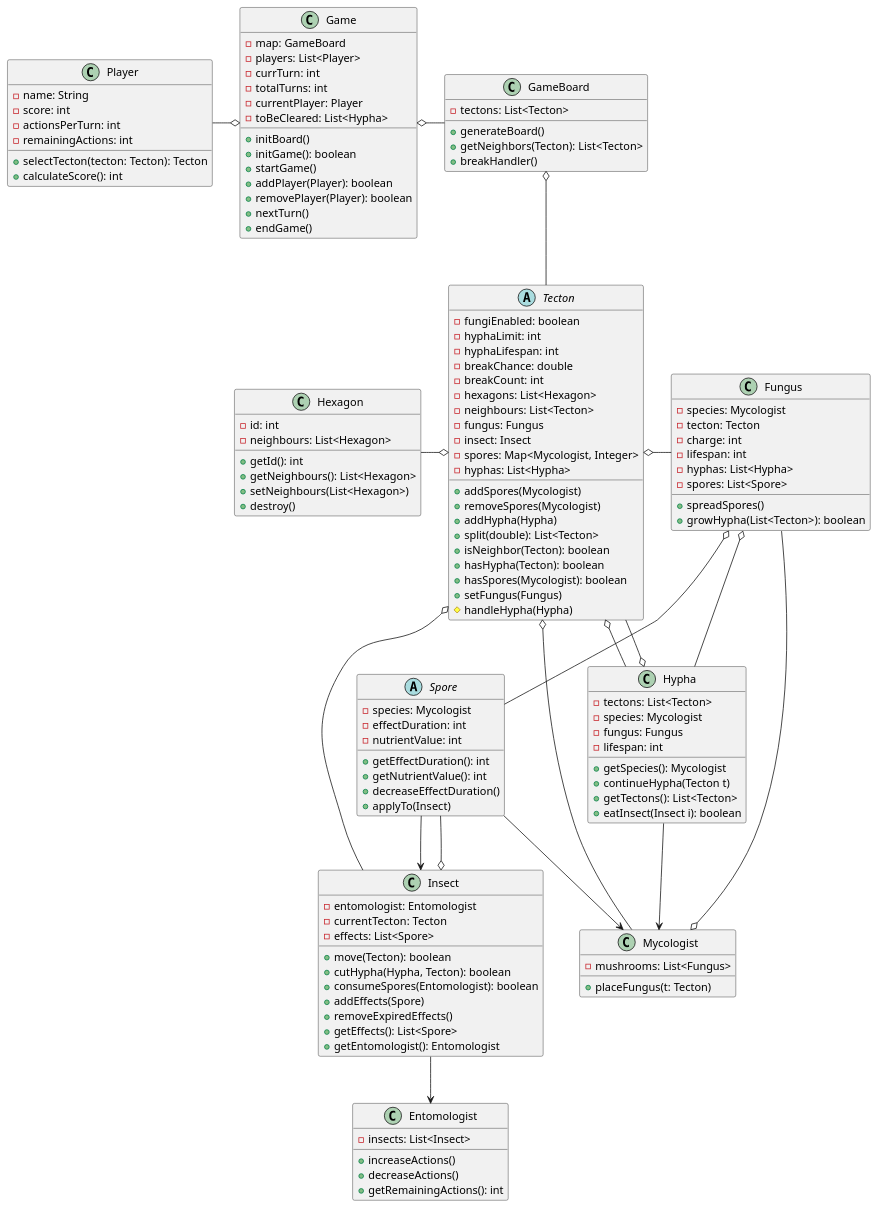
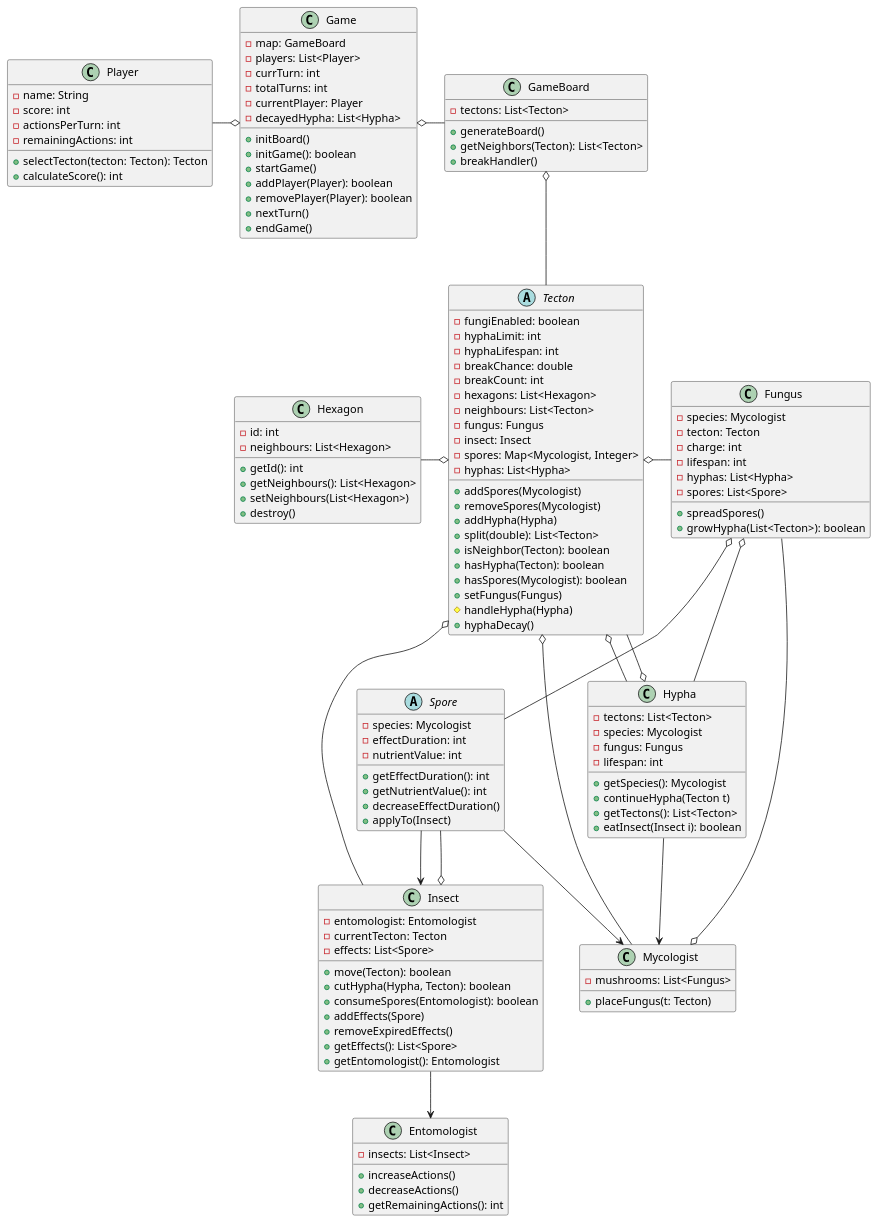
One commit to hujberhunor/SzomiSztegoProjlab changed the diagram in docs/Class/classDiag.puml. Above: the diagram before and after it, drawn with PlantUML. The commit also changed 1 other file, not shown here.

```diff
--- a/docs/Class/classDiag.puml
+++ b/docs/Class/classDiag.puml
@@ -1,151 +1,152 @@
 @startuml
 
 ' NEM SZEREPELNEK BENNE A LESZÁRMAZOTTAK HOGY ÁTLÁTHATÓBB LEGYEN '
 ' --> : használja, de nem tartalmazza '
 ' ===== Alap játékosok és szereplők =====
 class Player {
     - name: String
     - score: int
     - actionsPerTurn: int
     - remainingActions: int
     + selectTecton(tecton: Tecton): Tecton
     + calculateScore(): int
 }
 
 class Entomologist {
     - insects: List<Insect>
     + increaseActions()
     + decreaseActions()
     + getRemainingActions(): int
 }
 
 class Mycologist {
     - mushrooms: List<Fungus>
     + placeFungus(t: Tecton)
 }
 
 ' ===== Térképelemek és logika =====
 abstract class Tecton {
     - fungiEnabled: boolean
     - hyphaLimit: int
     - hyphaLifespan: int
     - breakChance: double
     - breakCount: int
     - hexagons: List<Hexagon>
     - neighbours: List<Tecton>
     - fungus: Fungus
     - insect: Insect
     - spores: Map<Mycologist, Integer>
     - hyphas: List<Hypha>
     + addSpores(Mycologist)
     + removeSpores(Mycologist)
     + addHypha(Hypha)
     + split(double): List<Tecton>
     + isNeighbor(Tecton): boolean
     + hasHypha(Tecton): boolean
     + hasSpores(Mycologist): boolean
     + setFungus(Fungus)
     # handleHypha(Hypha)
+    + hyphaDecay()
 }
 
 class Hexagon {
     - id: int
     - neighbours: List<Hexagon>
     + getId(): int
     + getNeighbours(): List<Hexagon>
     + setNeighbours(List<Hexagon>)
     + destroy()
 }
 
 class Hypha {
     - tectons: List<Tecton>
     - species: Mycologist
     - fungus: Fungus
     - lifespan: int 
     + getSpecies(): Mycologist
     + continueHypha(Tecton t)
     + getTectons(): List<Tecton>
     + eatInsect(Insect i): boolean
 }
 
 class Fungus {
     - species: Mycologist
     - tecton: Tecton
     - charge: int
     - lifespan: int
     - hyphas: List<Hypha>
     - spores: List<Spore>
     + spreadSpores()
     + growHypha(List<Tecton>): boolean
 }
 
 ' ===== Spórák és hatásaik =====
 abstract class Spore {
     - species: Mycologist
     - effectDuration: int
     - nutrientValue: int
     + getEffectDuration(): int
     + getNutrientValue(): int
     + decreaseEffectDuration()
     + applyTo(Insect)
 }
 
 ' ===== Insect logika =====
 class Insect {
     - entomologist: Entomologist
     - currentTecton: Tecton
     - effects: List<Spore>
     + move(Tecton): boolean
     + cutHypha(Hypha, Tecton): boolean
     + consumeSpores(Entomologist): boolean
     + addEffects(Spore)
     + removeExpiredEffects()
     + getEffects(): List<Spore>
     + getEntomologist(): Entomologist
 }
 
 ' ===== Game engine =====
 class GameBoard {
     - tectons: List<Tecton>
     + generateBoard()
     + getNeighbors(Tecton): List<Tecton>
     + breakHandler()
 }
 
 class Game {
     - map: GameBoard
     - players: List<Player>
     - currTurn: int
     - totalTurns: int
     - currentPlayer: Player
-    - toBeCleared: List<Hypha>
+    - decayedHypha: List<Hypha>
     + initBoard()
     + initGame(): boolean
     + startGame()
     + addPlayer(Player): boolean
     + removePlayer(Player): boolean
     + nextTurn()
     + endGame()
 }
 
 ' ===== Kapcsolatok =====
 Game o-r- GameBoard
 Game o-l- Player
 GameBoard o-- Tecton
 Tecton o-l- Hexagon
 Tecton o-- Hypha
 Tecton o-- Insect
 Tecton o-r- Fungus
 Tecton o-- Mycologist
 Insect o-- Spore
 Insect --> Entomologist
 Mycologist o-- Fungus
 Fungus o-- Hypha
 Fungus o-- Spore
 Spore --> Insect
 Spore --> Mycologist
 Hypha o-- Tecton
 Hypha --> Mycologist
 
 
 @enduml
```
